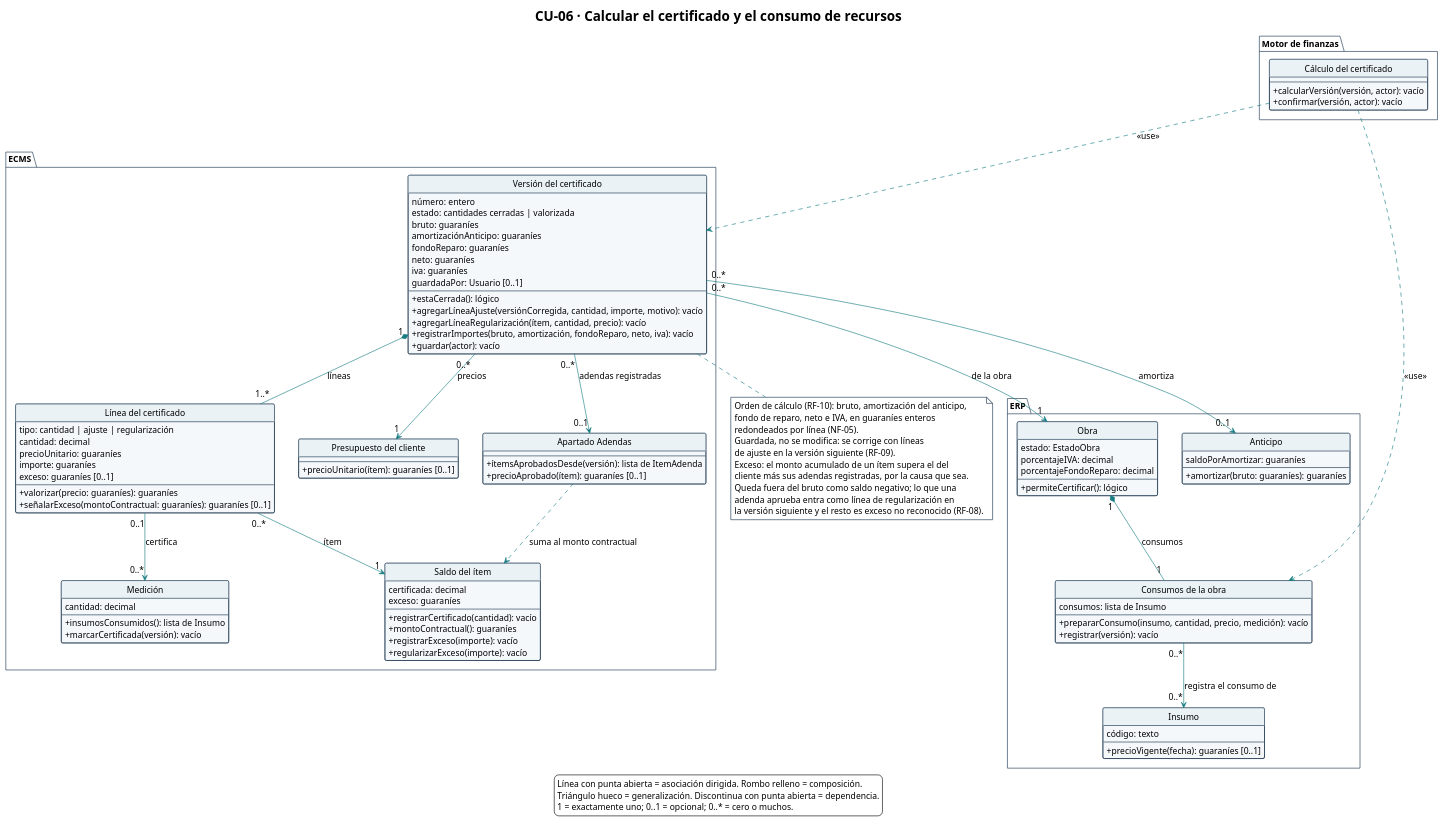
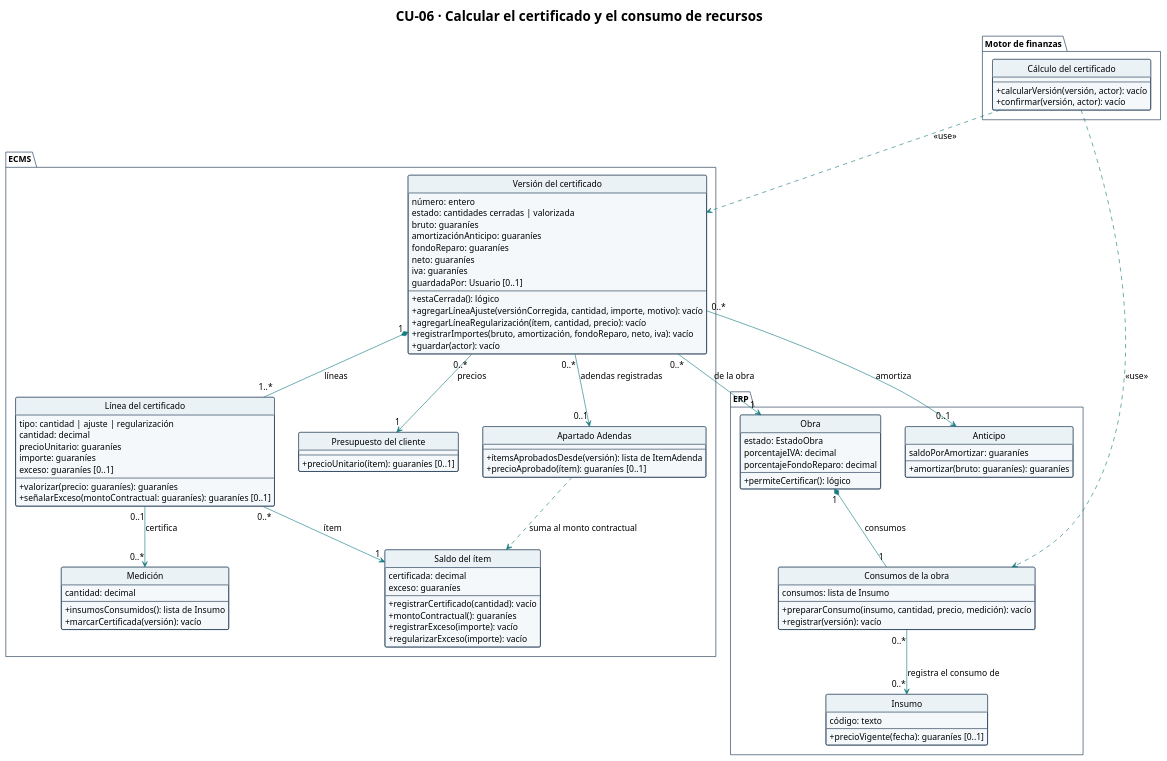
The diagram in diagramas/CU-06-clases.puml (Ssrrb/tpf-uca), drawn with PlantUML before and after one commit. The commit also changed 22 other files, not shown here.

First line of the commit message:
Quita las notas y leyendas de más de una oración

```diff
--- a/diagramas/CU-06-clases.puml
+++ b/diagramas/CU-06-clases.puml
@@ -1,154 +1,136 @@
 @startuml
 !theme plain
 skinparam style strictuml
 title CU-06 · Calcular el certificado y el consumo de recursos
 hide circle
 hide empty methods
 hide empty fields
 skinparam shadowing false
 skinparam classAttributeIconSize 0
 skinparam defaultFontName Arial
 skinparam defaultFontSize 14
 skinparam nodesep 40
 skinparam ranksep 50
 skinparam ArrowColor #167C80
 skinparam class {
   BackgroundColor #F5F8FA
   BorderColor #17324D
   HeaderBackgroundColor #EAF2F6
 }
 skinparam package {
   BackgroundColor #FFFFFF
   BorderColor #17324D
 }
 skinparam note {
   BackgroundColor #FFFFFF
   BorderColor #17324D
 }
 package "Motor de finanzas" {
   class "Cálculo del certificado" as CalculoCertificado {
     --
     + calcularVersión(versión, actor): vacío
     + confirmar(versión, actor): vacío
   }
 }
 
 package "ECMS" {
   class "Versión del certificado" as VersionCertificado {
     número: entero
     estado: cantidades cerradas | valorizada
     bruto: guaraníes
     amortizaciónAnticipo: guaraníes
     fondoReparo: guaraníes
     neto: guaraníes
     iva: guaraníes
     guardadaPor: Usuario [0..1]
     --
     + estaCerrada(): lógico
     + agregarLíneaAjuste(versiónCorregida, cantidad, importe, motivo): vacío
     + agregarLíneaRegularización(ítem, cantidad, precio): vacío
     + registrarImportes(bruto, amortización, fondoReparo, neto, iva): vacío
     + guardar(actor): vacío
   }
 
   class "Línea del certificado" as LineaCertificado {
     tipo: cantidad | ajuste | regularización
     cantidad: decimal
     precioUnitario: guaraníes
     importe: guaraníes
     exceso: guaraníes [0..1]
     --
     + valorizar(precio: guaraníes): guaraníes
     + señalarExceso(montoContractual: guaraníes): guaraníes [0..1]
   }
 
   class "Medición" as Medicion {
     cantidad: decimal
     --
     + insumosConsumidos(): lista de Insumo
     + marcarCertificada(versión): vacío
   }
 
   class "Saldo del ítem" as SaldoItem {
     certificada: decimal
     exceso: guaraníes
     --
     + registrarCertificado(cantidad): vacío
     + montoContractual(): guaraníes
     + registrarExceso(importe): vacío
     + regularizarExceso(importe): vacío
   }
 
   class "Presupuesto del cliente" as PresupuestoCliente {
     --
     + precioUnitario(ítem): guaraníes [0..1]
   }
 
   class "Apartado Adendas" as ApartadoAdendas {
     --
     + ítemsAprobadosDesde(versión): lista de ItemAdenda
     + precioAprobado(ítem): guaraníes [0..1]
   }
 }
 
 package "ERP" {
   class Obra {
     estado: EstadoObra
     porcentajeIVA: decimal
     porcentajeFondoReparo: decimal
     --
     + permiteCertificar(): lógico
   }
 
   class Anticipo {
     saldoPorAmortizar: guaraníes
     --
     + amortizar(bruto: guaraníes): guaraníes
   }
 
   class Insumo {
     código: texto
     --
     + precioVigente(fecha): guaraníes [0..1]
   }
 
   class "Consumos de la obra" as ConsumosObra {
     consumos: lista de Insumo
     --
     + prepararConsumo(insumo, cantidad, precio, medición): vacío
     + registrar(versión): vacío
   }
 }
 
 CalculoCertificado ..> VersionCertificado : <<use>>
 CalculoCertificado ..> ConsumosObra : <<use>>
 VersionCertificado "1" *-- "1..*" LineaCertificado : líneas
 LineaCertificado "0..1" --> "0..*" Medicion : certifica
 LineaCertificado "0..*" --> "1" SaldoItem : ítem
 VersionCertificado "0..*" --> "1" PresupuestoCliente : precios
 VersionCertificado "0..*" --> "0..1" ApartadoAdendas : adendas registradas
 ApartadoAdendas ..> SaldoItem : suma al monto contractual
 VersionCertificado "0..*" --> "0..1" Anticipo : amortiza
 VersionCertificado "0..*" --> "1" Obra : de la obra
 Obra "1" *-- "1" ConsumosObra : consumos
 ConsumosObra "0..*" --> "0..*" Insumo : registra el consumo de
 
-note bottom of VersionCertificado
-  Orden de cálculo (RF-10): bruto, amortización del anticipo,
-  fondo de reparo, neto e IVA, en guaraníes enteros
-  redondeados por línea (NF-05).
-  Guardada, no se modifica: se corrige con líneas
-  de ajuste en la versión siguiente (RF-09).
-  Exceso: el monto acumulado de un ítem supera el del
-  cliente más sus adendas registradas, por la causa que sea.
-  Queda fuera del bruto como saldo negativo; lo que una
-  adenda aprueba entra como línea de regularización en
-  la versión siguiente y el resto es exceso no reconocido (RF-08).
-end note
-
-legend bottom
-  Línea con punta abierta = asociación dirigida. Rombo relleno = composición.
-  Triángulo hueco = generalización. Discontinua con punta abierta = dependencia.
-  1 = exactamente uno; 0..1 = opcional; 0..* = cero o muchos.
-endlegend
 @enduml
```
